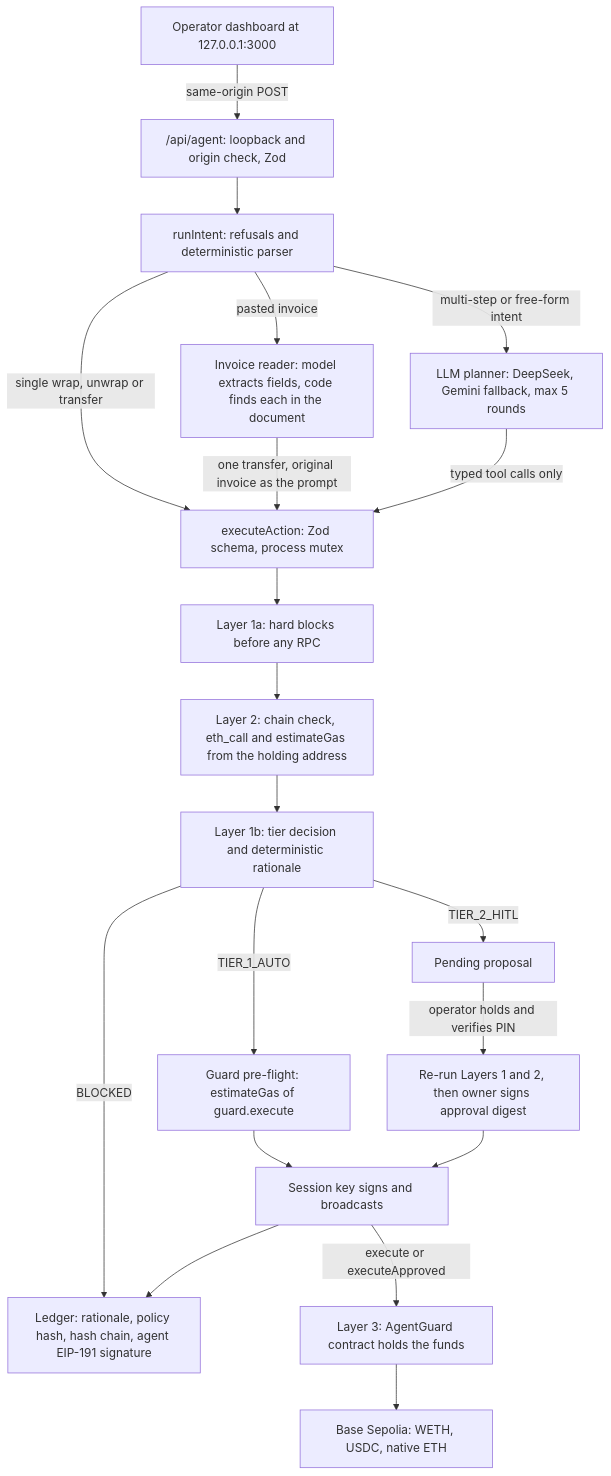
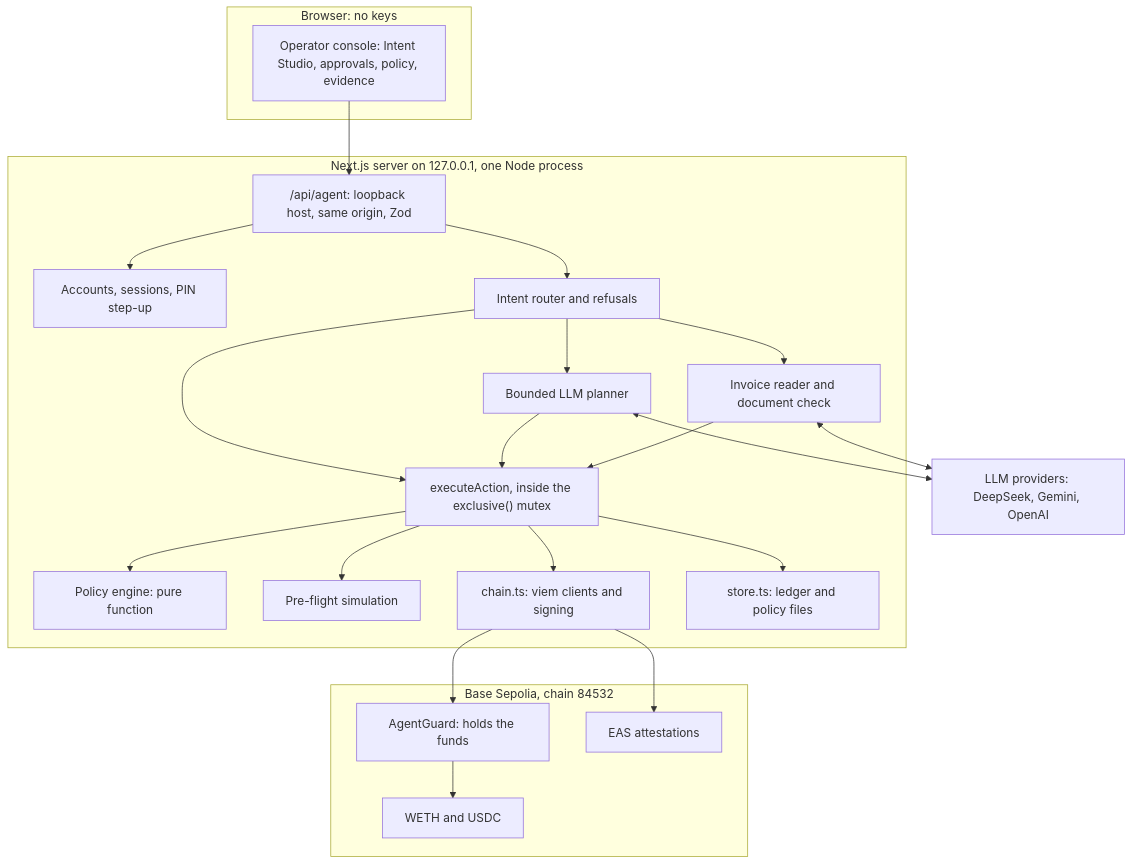
Before and after one commit to electr0x0/aegis-wallet: the first of 3 diagrams in docs/01_TECHNICAL_DOCUMENTATION.md, drawn with Mermaid. The commit also changed other lines of this file and 2 other files, not shown here.

````diff
--- a/docs/01_TECHNICAL_DOCUMENTATION.md
+++ b/docs/01_TECHNICAL_DOCUMENTATION.md
@@ -55,22 +65,41 @@
 ```mermaid
 flowchart TD
-  OP["Operator dashboard at 127.0.0.1:3000"] -->|same-origin POST| API["/api/agent: loopback and origin check, Zod"]
-  API --> RI["runIntent: refusals and deterministic parser"]
-  RI -->|multi-step or free-form intent| PL["LLM planner: DeepSeek, Gemini fallback, max 5 rounds"]
-  RI -->|single wrap, unwrap or transfer| EX
-  RI -->|pasted invoice| INV["Invoice reader: model extracts fields, code finds each in the document"]
-  INV -->|one transfer, original invoice as the prompt| EX
-  PL -->|typed tool calls only| EX["executeAction: Zod schema, process mutex"]
-  EX --> HB["Layer 1a: hard blocks before any RPC"]
-  HB --> SIM["Layer 2: chain check, eth_call and estimateGas from the holding address"]
-  SIM --> TIER["Layer 1b: tier decision and deterministic rationale"]
-  TIER -->|BLOCKED| LED
-  TIER -->|TIER_2_HITL| PQ["Pending proposal"]
-  PQ -->|operator holds and verifies PIN| APR["Re-run Layers 1 and 2, then owner signs approval digest"]
-  TIER -->|TIER_1_AUTO| GPF["Guard pre-flight: estimateGas of guard.execute"]
-  GPF --> TX["Session key signs and broadcasts"]
-  APR --> TX
-  TX -->|execute or executeApproved| AG["Layer 3: AgentGuard contract holds the funds"]
-  AG --> CH["Base Sepolia: WETH, USDC, native ETH"]
-  TX --> LED["Ledger: rationale, policy hash, hash chain, agent EIP-191 signature"]
+  subgraph Browser["Browser: no keys"]
+    UI["Operator console: Intent Studio, approvals, policy, evidence"]
+  end
+  subgraph Server["Next.js server on 127.0.0.1, one Node process"]
+    API["/api/agent: loopback host, same origin, Zod"]
+    AUTH["Accounts, sessions, PIN step-up"]
+    RI["Intent router and refusals"]
+    PL["Bounded LLM planner"]
+    INV["Invoice reader and document check"]
+    EX["executeAction, inside the exclusive() mutex"]
+    PE["Policy engine: pure function"]
+    SIM["Pre-flight simulation"]
+    CH["chain.ts: viem clients and signing"]
+    ST["store.ts: ledger and policy files"]
+  end
+  subgraph Chain["Base Sepolia, chain 84532"]
+    AG["AgentGuard: holds the funds"]
+    TOK["WETH and USDC"]
+    EAS["EAS attestations"]
+  end
+  LLM["LLM providers: DeepSeek, Gemini, OpenAI"]
+  UI --> API
+  API --> AUTH
+  API --> RI
+  RI --> PL
+  RI --> INV
+  PL <--> LLM
+  INV <--> LLM
+  RI --> EX
+  PL --> EX
+  INV --> EX
+  EX --> PE
+  EX --> SIM
+  EX --> CH
+  EX --> ST
+  CH --> AG
+  AG --> TOK
+  CH --> EAS
 ```
````
